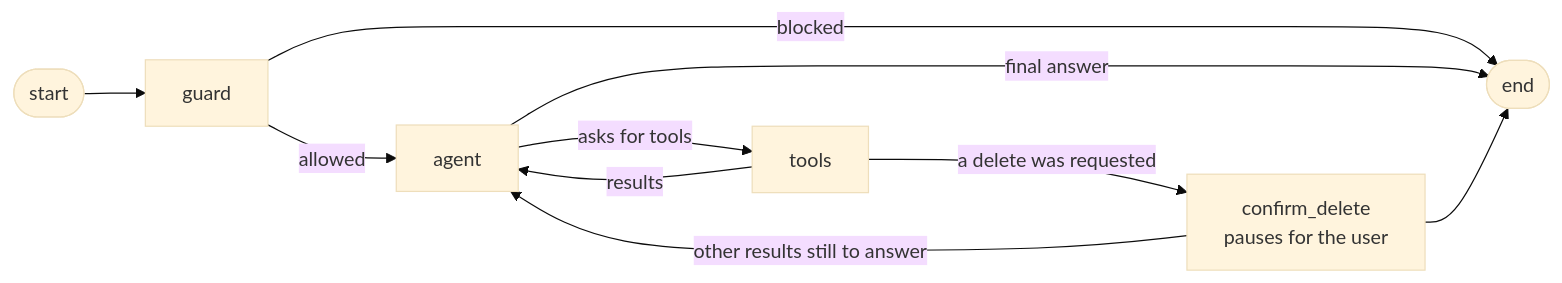
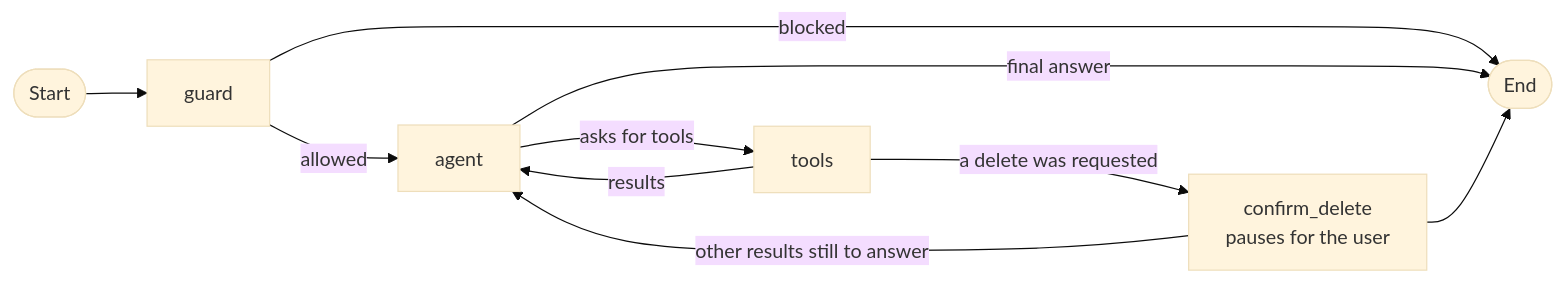
Before and after one commit to rupszi/tech-demo-retail-05: the third of 6 diagrams in docs/DESIGN.md, drawn with Mermaid (base theme). The commit also changed other lines of this file and 29 other files, not shown here.

````diff
--- a/docs/DESIGN.md
+++ b/docs/DESIGN.md
@@ -224,12 +225,12 @@
 ```mermaid
 flowchart LR
-    S([start]) --> guard
-    guard -->|blocked| E([end])
+    S([Start]) --> guard
+    guard -->|blocked| E([End])
     guard -->|allowed| agent
     agent -->|asks for tools| tools
     agent -->|final answer| E
     tools -->|results| agent
     tools -->|a delete was requested| confirm["confirm_delete<br/>pauses for the user"]
     confirm --> E
     confirm -->|other results still to answer| agent
 ```
````
